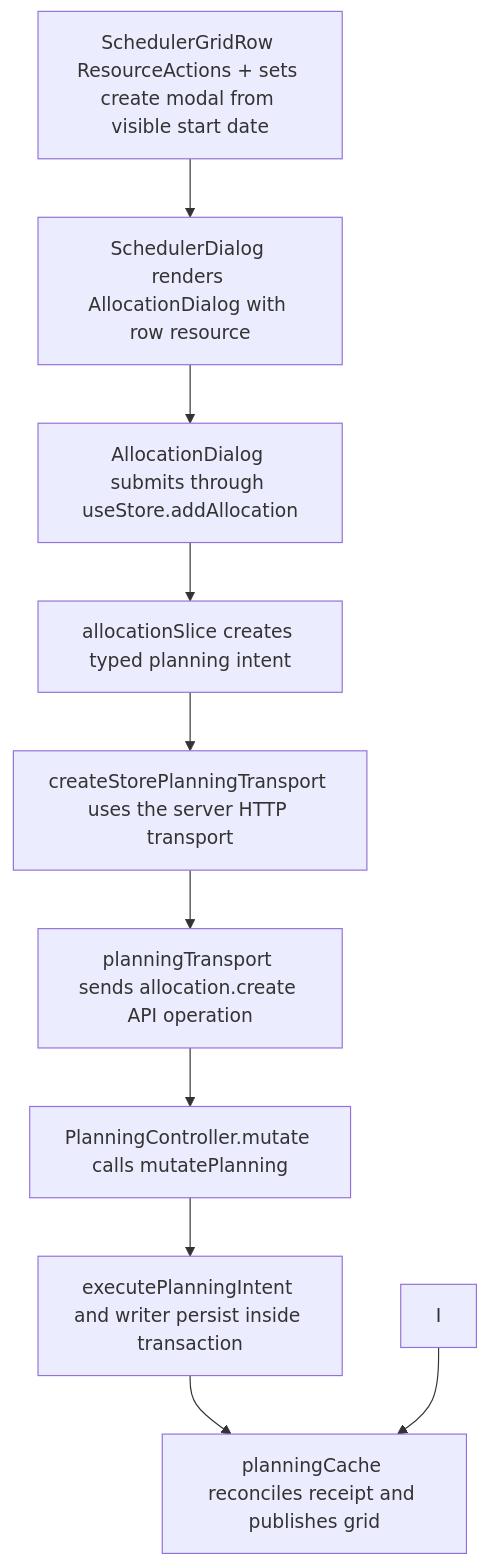
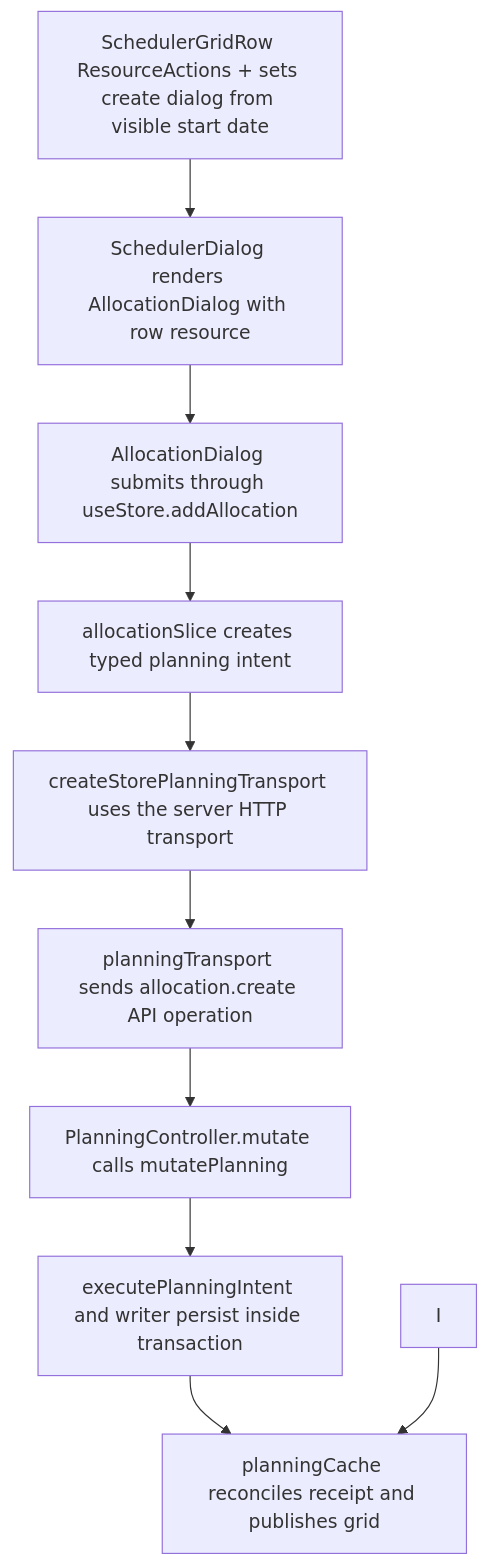
The second of 2 diagrams in user-stories/scheduler/US-SCH-17-row-quick-create.md (Kevinjohn/capacitylens), drawn with Mermaid before and after one commit. The commit also changed 88 other files, not shown here.

First line of the commit message:
Modal to dialog: rename the form dialog wrapper and remaining names

````diff
--- a/user-stories/scheduler/US-SCH-17-row-quick-create.md
+++ b/user-stories/scheduler/US-SCH-17-row-quick-create.md
@@ -40,12 +40,12 @@
 ```mermaid
 flowchart TD
-  A["SchedulerGridRow ResourceActions + sets create modal from visible start date"] --> B["SchedulerDialog renders AllocationDialog with row resource"]
+  A["SchedulerGridRow ResourceActions + sets create dialog from visible start date"] --> B["SchedulerDialog renders AllocationDialog with row resource"]
   B --> C["AllocationDialog submits through useStore.addAllocation"]
   C --> D["allocationSlice creates typed planning intent"]
   D --> E["createStorePlanningTransport uses the server HTTP transport"]
   E --> F["planningTransport sends allocation.create API operation"]
   F --> G["PlanningController.mutate calls mutatePlanning"]
   G --> H["executePlanningIntent and writer persist inside transaction"]
   H --> J["planningCache reconciles receipt and publishes grid"]
   I --> J
 ```
````
